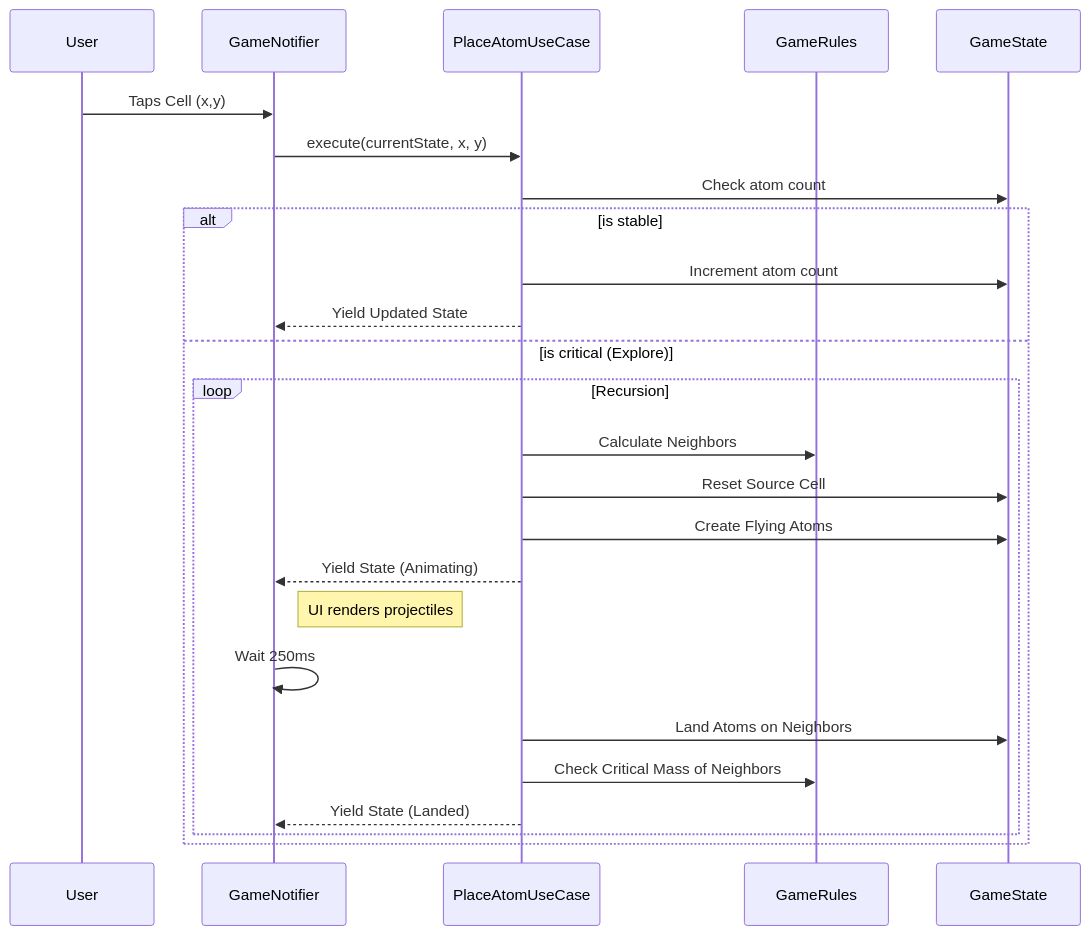
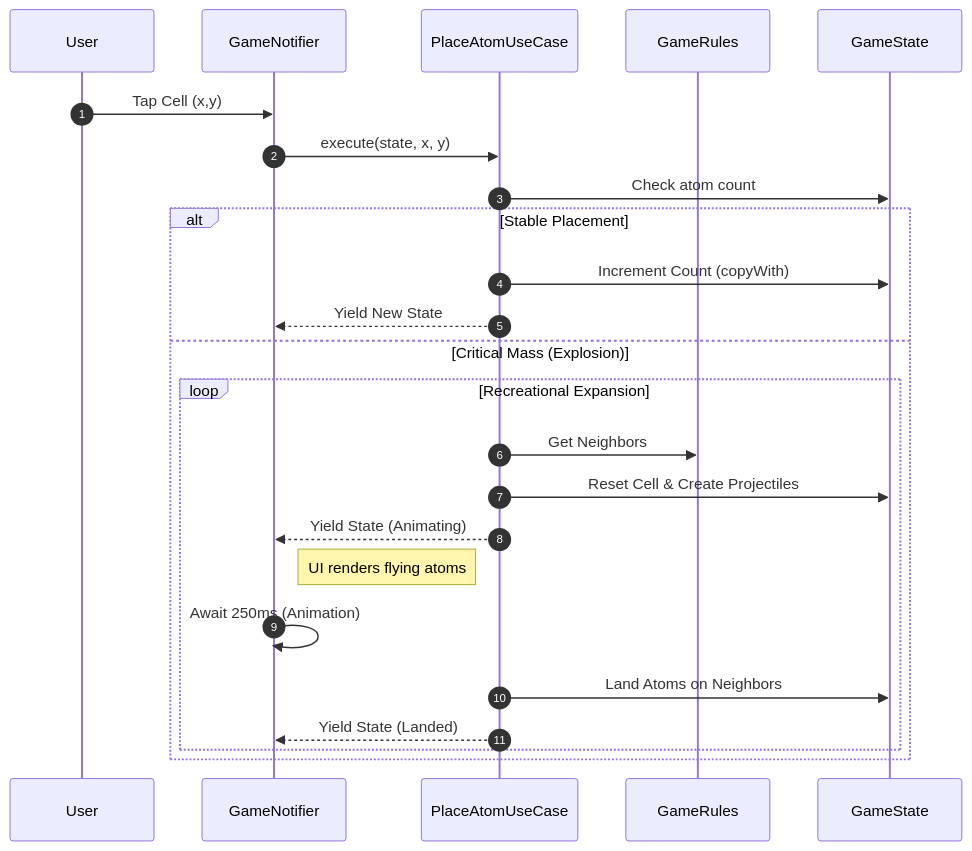
One commit to saatvik333/chain-reaction-reborn changed the second of 5 diagrams in architecture.md. Above: the diagram before and after it, drawn with Mermaid. The commit also changed other lines of this file and 20 other files, not shown here.

````diff
--- a/architecture.md
+++ b/architecture.md
@@ -53,31 +61,30 @@
 ```mermaid
 sequenceDiagram
+    autonumber
     participant User
-    participant Controller as GameNotifier
-    participant UseCase as PlaceAtomUseCase
+    participant UI as GameNotifier
+    participant Logic as PlaceAtomUseCase
     participant Rules as GameRules
     participant State as GameState
 
-    User->>Controller: Taps Cell (x,y)
-    Controller->>UseCase: execute(currentState, x, y)
-    UseCase->>State: Check atom count
-    
-    alt is stable
-        UseCase->>State: Increment atom count
-        UseCase-->>Controller: Yield Updated State
-    else is critical (Explore)
-        loop Recursion
-            UseCase->>Rules: Calculate Neighbors
-            UseCase->>State: Reset Source Cell
-            UseCase->>State: Create Flying Atoms
-            UseCase-->>Controller: Yield State (Animating)
-            Note right of Controller: UI renders projectiles
-            
-            Controller->>Controller: Wait 250ms
-            
-            UseCase->>State: Land Atoms on Neighbors
-            UseCase->>Rules: Check Critical Mass of Neighbors
-            UseCase-->>Controller: Yield State (Landed)
+    User->>UI: Tap Cell (x,y)
+    UI->>Logic: execute(state, x, y)
+    Logic->>State: Check atom count
+
+    alt Stable Placement
+        Logic->>State: Increment Count (copyWith)
+        Logic-->>UI: Yield New State
+    else Critical Mass (Explosion)
+        loop Recreational Expansion
+            Logic->>Rules: Get Neighbors
+            Logic->>State: Reset Cell & Create Projectiles
+            Logic-->>UI: Yield State (Animating)
+            Note right of UI: UI renders flying atoms
+
+            UI->>UI: Await 250ms (Animation)
+
+            Logic->>State: Land Atoms on Neighbors
+            Logic-->>UI: Yield State (Landed)
         end
     end
 ```
````
